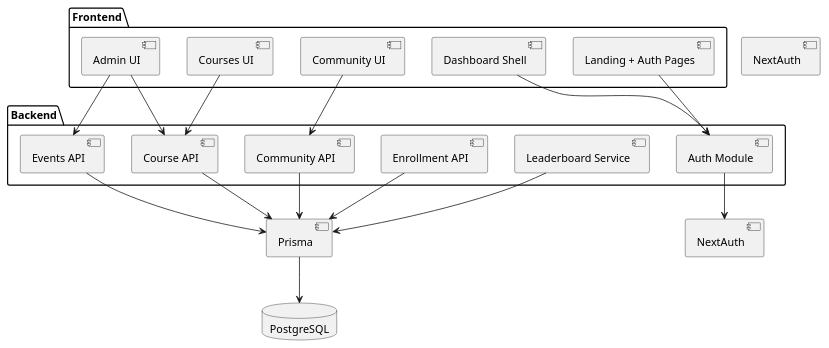
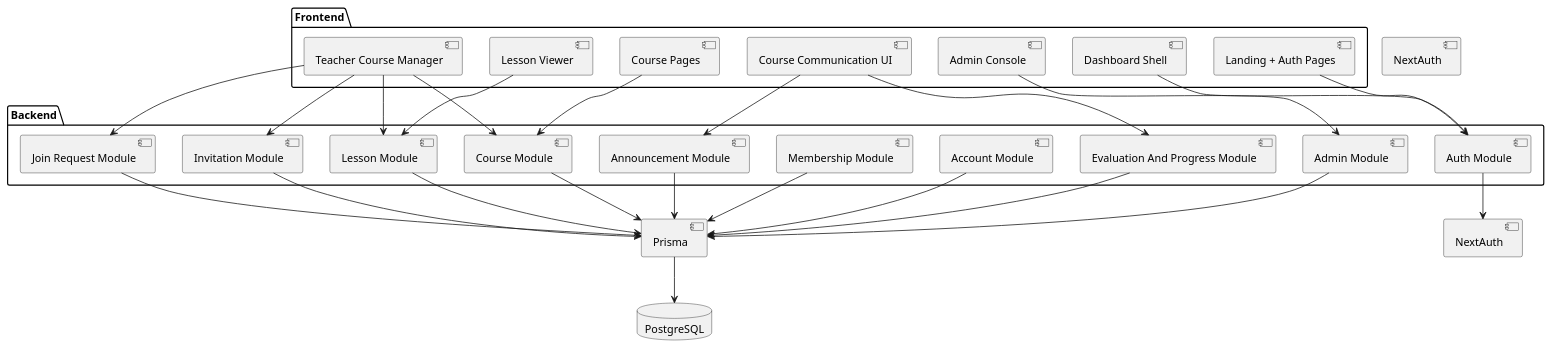
Before and after one commit to mohammedJaffal/skool: the third of 10 diagrams in docs/SOFTWARE_CONCEPTION.md, drawn with PlantUML. The commit also changed other lines of this file and 2 other files, not shown here.

Commit message:
Align software conception with UML reference PDF

````diff
--- a/docs/SOFTWARE_CONCEPTION.md
+++ b/docs/SOFTWARE_CONCEPTION.md
@@ -685,40 +866,55 @@
 ```plantuml
 @startuml
 
 package "Frontend" {
   [Landing + Auth Pages]
   [Dashboard Shell]
-  [Courses UI]
-  [Community UI]
-  [Admin UI]
+  [Course Pages]
+  [Lesson Viewer]
+  [Teacher Course Manager]
+  [Course Communication UI]
+  [Admin Console]
 }
 
 package "Backend" {
   [Auth Module]
-  [Course API]
-  [Community API]
-  [Enrollment API]
-  [Events API]
-  [Leaderboard Service]
+  [Account Module]
+  [Course Module]
+  [Lesson Module]
+  [Membership Module]
+  [Invitation Module]
+  [Join Request Module]
+  [Announcement Module]
+  [Evaluation And Progress Module]
+  [Admin Module]
 }
 
 database "PostgreSQL" as DB
 [NextAuth] as AuthLib
 [Prisma] as Prisma
 
 [Landing + Auth Pages] --> [Auth Module]
 [Dashboard Shell] --> [Auth Module]
-[Courses UI] --> [Course API]
-[Community UI] --> [Community API]
-[Admin UI] --> [Course API]
-[Admin UI] --> [Events API]
+[Course Pages] --> [Course Module]
+[Lesson Viewer] --> [Lesson Module]
+[Teacher Course Manager] --> [Course Module]
+[Teacher Course Manager] --> [Lesson Module]
+[Teacher Course Manager] --> [Invitation Module]
+[Teacher Course Manager] --> [Join Request Module]
+[Course Communication UI] --> [Announcement Module]
+[Course Communication UI] --> [Evaluation And Progress Module]
+[Admin Console] --> [Admin Module]
 [Auth Module] --> [NextAuth]
-[Course API] --> [Prisma]
-[Community API] --> [Prisma]
-[Enrollment API] --> [Prisma]
-[Events API] --> [Prisma]
-[Leaderboard Service] --> [Prisma]
+[Account Module] --> [Prisma]
+[Course Module] --> [Prisma]
+[Lesson Module] --> [Prisma]
+[Membership Module] --> [Prisma]
+[Invitation Module] --> [Prisma]
+[Join Request Module] --> [Prisma]
+[Announcement Module] --> [Prisma]
+[Evaluation And Progress Module] --> [Prisma]
+[Admin Module] --> [Prisma]
 [Prisma] --> DB
 
 @enduml
 ```
````
